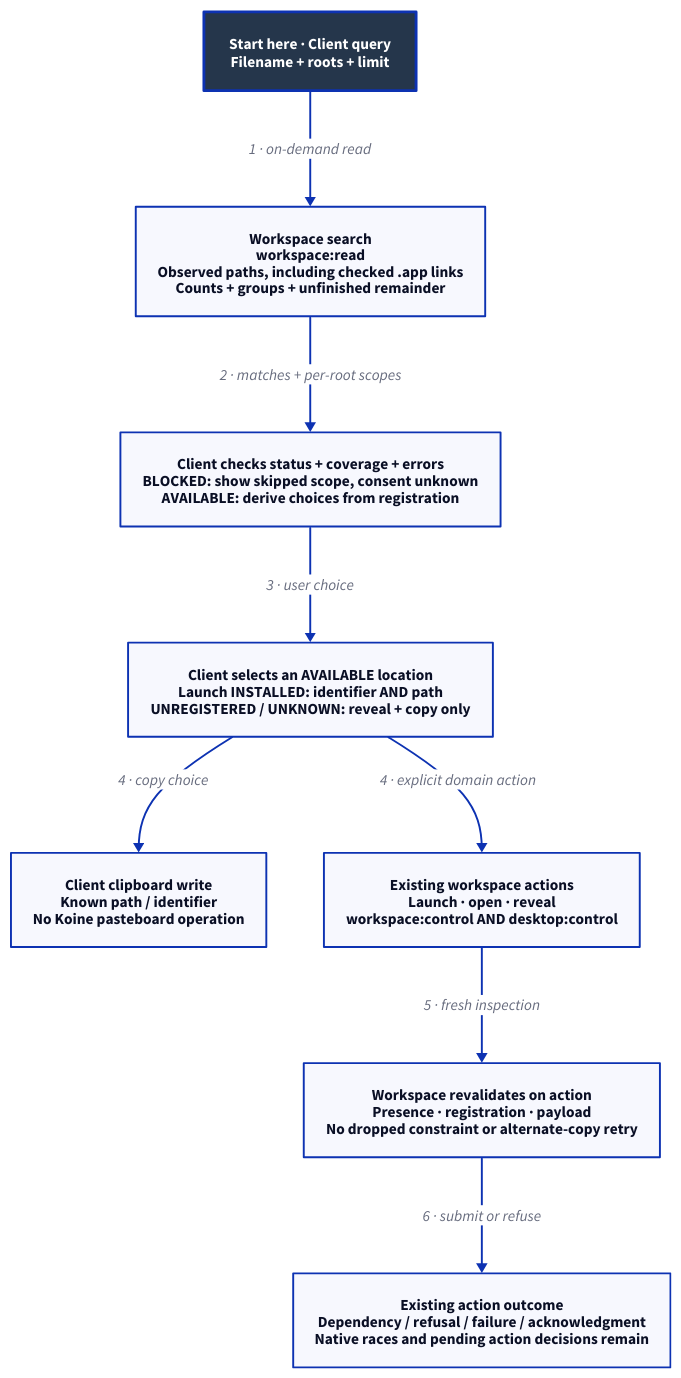
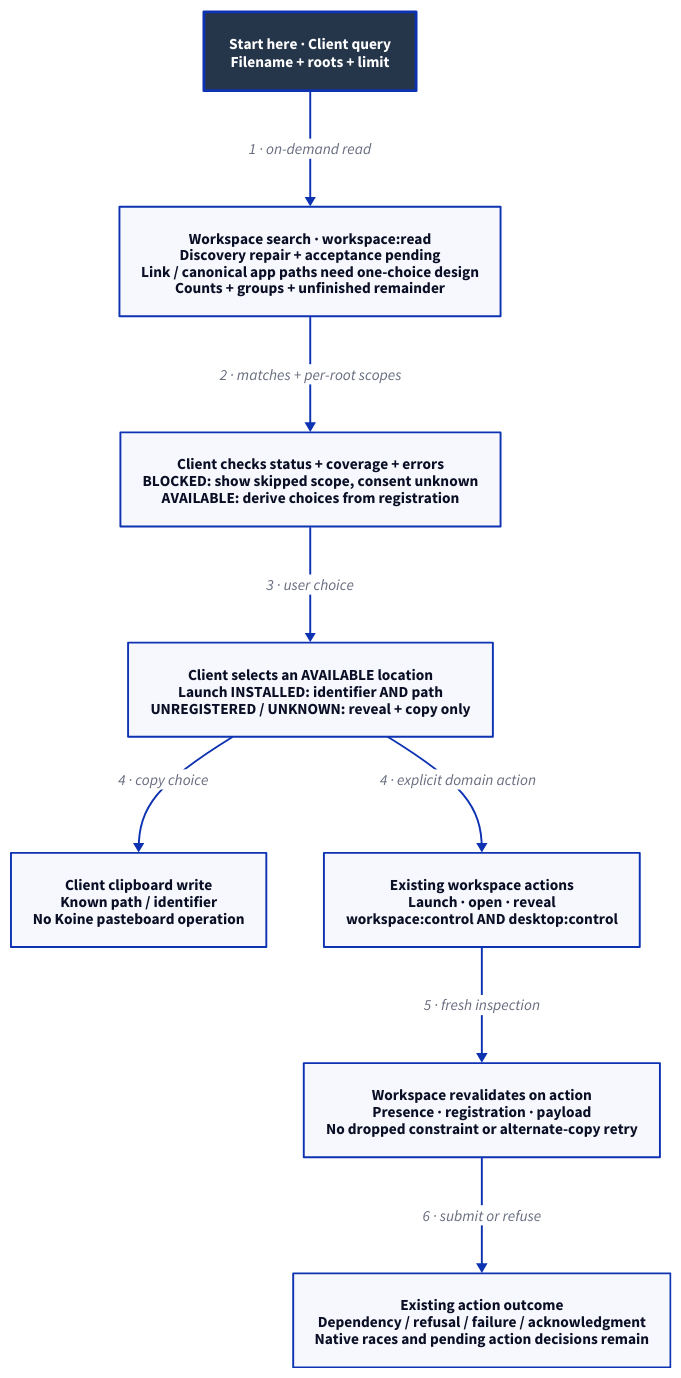
One commit to Linkuistics/Koine changed the diagram in docs/design/architecture/search-handoff.d2. Above: the diagram before and after it, drawn with D2. The commit also changed 18 other files, not shown here.

Commit message:
search-coverage-k100: clarify coverage and acceptance contracts; route admission, traversal and application identity repair to search-defaults-k101

```diff
--- a/docs/design/architecture/search-handoff.d2
+++ b/docs/design/architecture/search-handoff.d2
@@ -1,20 +1,20 @@
 # Designed component/data handoff. Source roles, not deployment containers.
 direction: down
 classes: {
   start: {style: {fill: "#25364B"; font-color: "#FFFFFF"; bold: true; stroke-width: 3}}
 }
 Start: "Start here · Client query\nFilename + roots + limit" {class: start}
-Search: "Workspace search\nworkspace:read\nObserved paths, including checked .app links\nCounts + groups + unfinished remainder"
+Search: "Workspace search · workspace:read\nDiscovery repair + acceptance pending\nLink / canonical app paths need one-choice design\nCounts + groups + unfinished remainder"
 Choices: "Client checks status + coverage + errors\nBLOCKED: show skipped scope, consent unknown\nAVAILABLE: derive choices from registration"
 Selected: "Client selects an AVAILABLE location\nLaunch INSTALLED: identifier AND path\nUNREGISTERED / UNKNOWN: reveal + copy only"
 Clipboard: "Client clipboard write\nKnown path / identifier\nNo Koine pasteboard operation"
 Action: "Existing workspace actions\nLaunch · open · reveal\nworkspace:control AND desktop:control"
 Revalidate: "Workspace revalidates on action\nPresence · registration · payload\nNo dropped constraint or alternate-copy retry"
 Outcome: "Existing action outcome\nDependency / refusal / failure / acknowledgment\nNative races and pending action decisions remain"
 Start -> Search: "1 · on-demand read"
 Search -> Choices: "2 · matches + per-root scopes"
 Choices -> Selected: "3 · user choice"
 Selected -> Clipboard: "4 · copy choice"
 Selected -> Action: "4 · explicit domain action"
 Action -> Revalidate: "5 · fresh inspection"
 Revalidate -> Outcome: "6 · submit or refuse"
```
